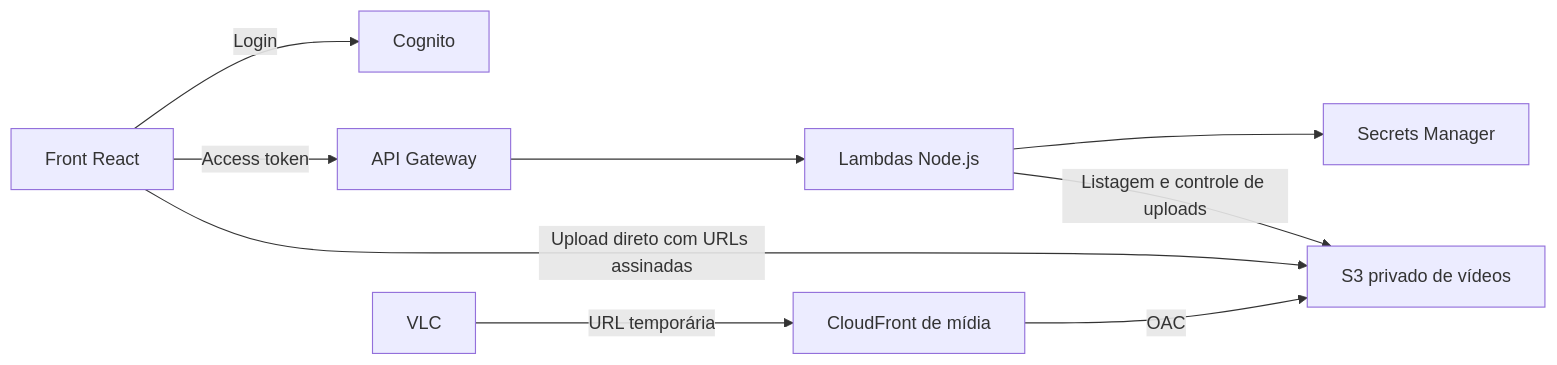
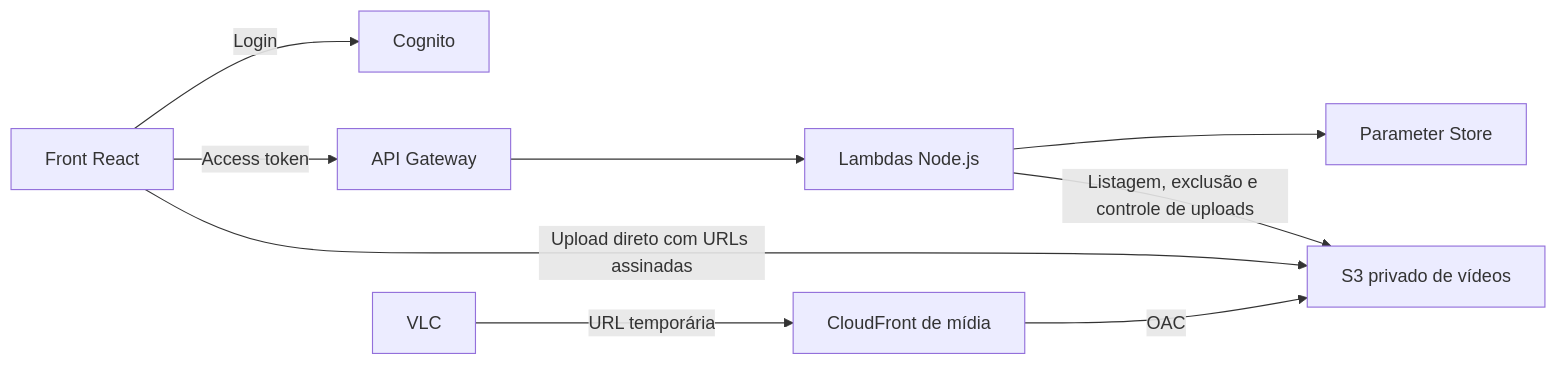
Before and after one commit to lucas-spo-tavares/web-streaming: the diagram in README.md, drawn with Mermaid. The commit also changed other lines of this file and 37 other files, not shown here.

````diff
--- a/README.md
+++ b/README.md
@@ -20,11 +20,11 @@
 ```mermaid
 flowchart LR
   Browser[Front React] -->|Login| Cognito[Cognito]
   Browser -->|Access token| API[API Gateway]
   API --> Lambda[Lambdas Node.js]
-  Lambda -->|Listagem e controle de uploads| S3[S3 privado de vídeos]
-  Lambda --> Secrets[Secrets Manager]
+  Lambda -->|Listagem, exclusão e controle de uploads| S3[S3 privado de vídeos]
+  Lambda --> Secrets[Parameter Store]
   Browser -->|Upload direto com URLs assinadas| S3
   VLC[VLC] -->|URL temporária| CDN[CloudFront de mídia]
   CDN -->|OAC| S3
 ```
````
